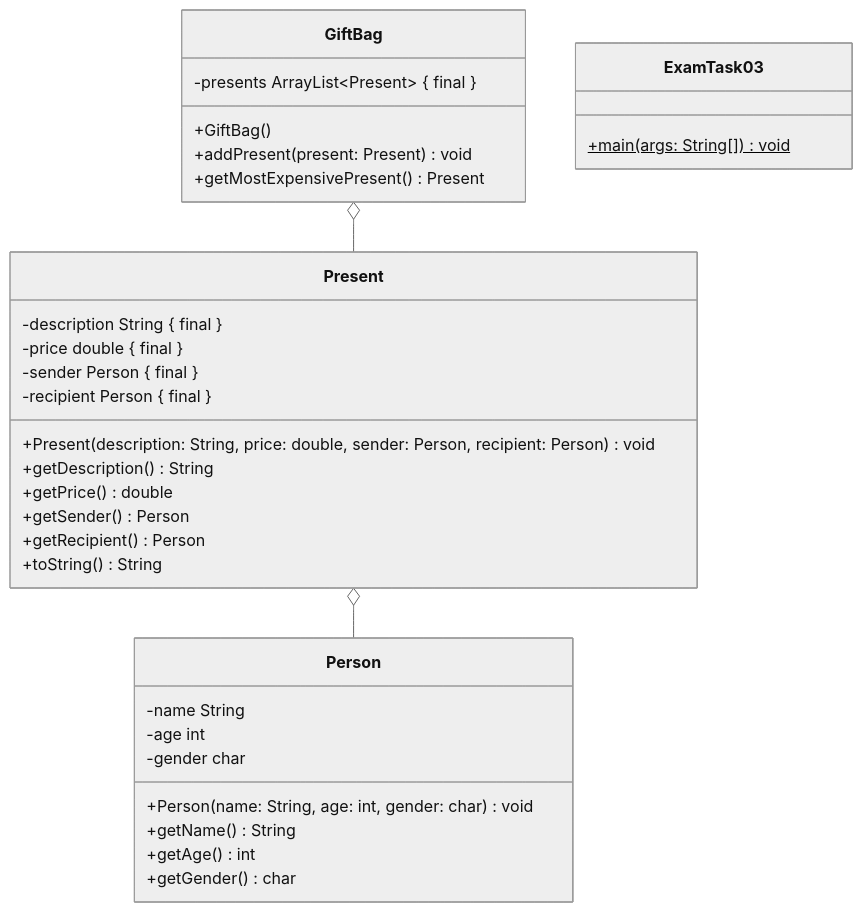
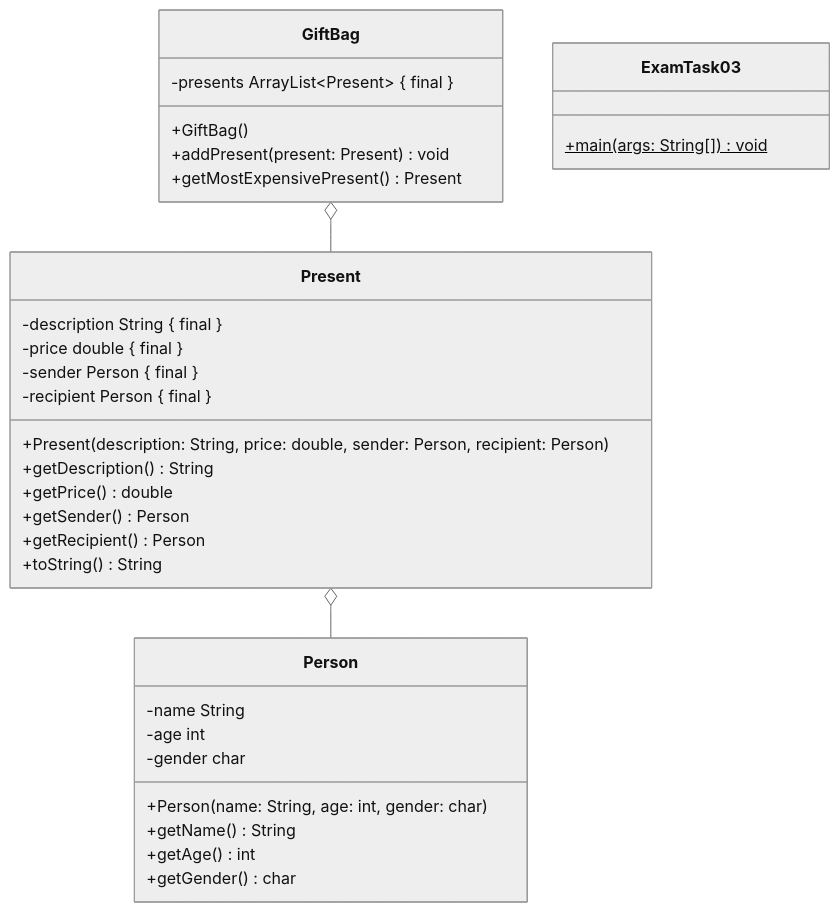
The first of 6 diagrams in docs/additional-material/steffen/java-1/exam-preparation/2023.mdx (jappuccini/java-docs), drawn with Mermaid (neutral theme) before and after one commit.

````diff
--- a/docs/additional-material/steffen/java-1/exam-preparation/2023.mdx
+++ b/docs/additional-material/steffen/java-1/exam-preparation/2023.mdx
@@ -49,43 +49,43 @@
 ```mermaid
 classDiagram
   GiftBag o-- Present
   Present o-- Person
 
   class Person {
     -name String
     -age int
     -gender char
 
-    +Person(name: String, age: int, gender: char) void
+    +Person(name: String, age: int, gender: char)
     +getName() String
     +getAge() int
     +getGender() char
   }
 
   class Present {
     -description String &lcub; final &rcub;
     -price double &lcub; final &rcub;
     -sender Person &lcub; final &rcub;
     -recipient Person &lcub; final &rcub;
 
-    +Present(description: String, price: double, sender: Person, recipient: Person) void
+    +Present(description: String, price: double, sender: Person, recipient: Person)
     +getDescription() String
     +getPrice() double
     +getSender() Person
     +getRecipient() Person
     +toString() String
   }
 
   class GiftBag {
     -presents ArrayList~Present~ &lcub; final &rcub;
 
     +GiftBag()
     +addPresent(present: Present) void
     +getMostExpensivePresent() Present
   }
 
   class ExamTask03 {
     +main(args: String[])$ void
   }
 
 ```
````
